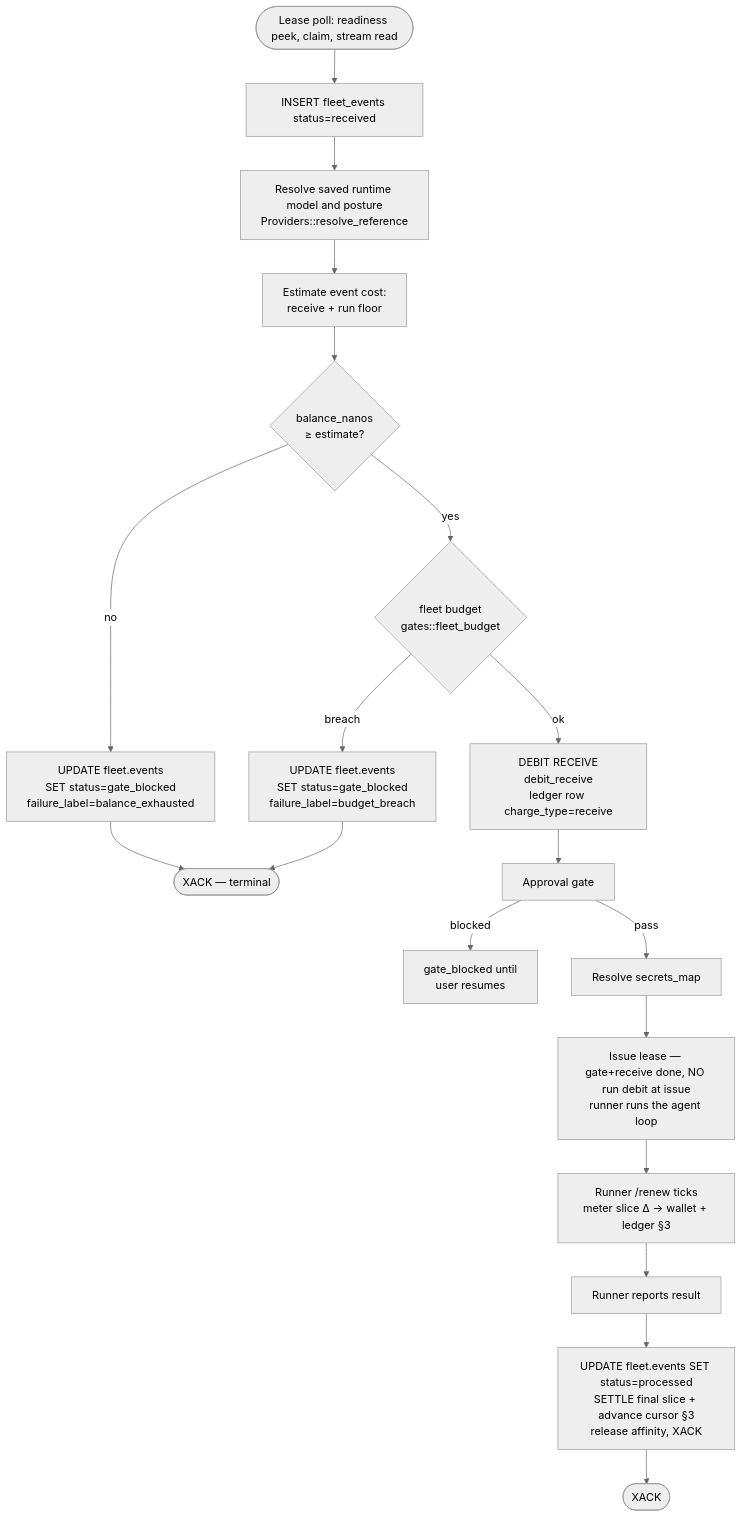
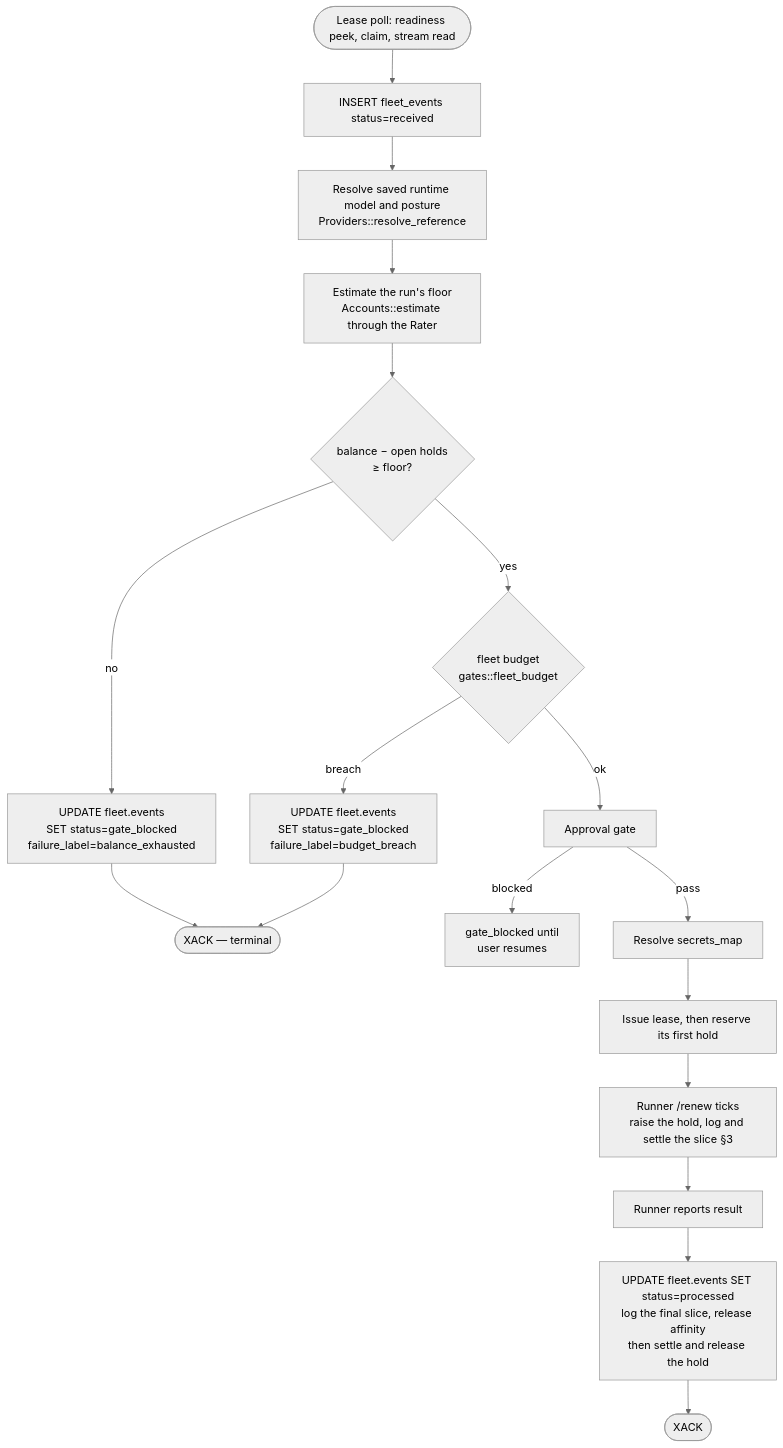
Before and after one commit to agentsfleet/agentsfleet: the diagram in docs/architecture/billing_and_provider_keys.md, drawn with Mermaid (neutral theme). The commit also changed other lines of this file and 9 other files, not shown here.

````diff
--- a/docs/architecture/billing_and_provider_keys.md
+++ b/docs/architecture/billing_and_provider_keys.md
@@ -337,21 +266,20 @@
 ```mermaid
 flowchart TD
     A([Lease poll: readiness peek, claim, stream read]) --> B[INSERT fleet_events status=received]
     B --> C[Resolve saved runtime model and posture<br/>Providers::resolve_reference]
-    C --> D[Estimate event cost:<br/>receive + run floor]
-    D --> E{balance_nanos<br/>≥ estimate?}
+    C --> D[Estimate the run's floor<br/>Accounts::estimate through the Rater]
+    D --> E{balance − open holds<br/>≥ floor?}
     E -->|no| Block[UPDATE fleet.events<br/>SET status=gate_blocked<br/>failure_label=balance_exhausted]
     Block --> X1([XACK — terminal])
     E -->|yes| BG{fleet budget<br/>gates::fleet_budget}
     BG -->|breach| BB[UPDATE fleet.events<br/>SET status=gate_blocked<br/>failure_label=budget_breach]
     BB --> X1
-    BG -->|ok| F[DEBIT RECEIVE<br/>debit_receive<br/>ledger row charge_type=receive]
-    F --> G[Approval gate]
+    BG -->|ok| G[Approval gate]
     G -->|blocked| Wait[gate_blocked until<br/>user resumes]
     G -->|pass| H[Resolve secrets_map]
-    H --> J[Issue lease — gate+receive done, NO run debit at issue<br/>runner runs the agent loop]
-    J --> Renew[Runner /renew ticks<br/>meter slice Δ → wallet + ledger §3]
+    H --> J[Issue lease, then reserve its first hold]
+    J --> Renew[Runner /renew ticks<br/>raise the hold, log and settle the slice §3]
     Renew --> K[Runner reports result]
-    K --> L[UPDATE fleet.events SET status=processed<br/>SETTLE final slice + advance cursor §3<br/>release affinity, XACK]
+    K --> L[UPDATE fleet.events SET status=processed<br/>log the final slice, release affinity<br/>then settle and release the hold]
     L --> X2([XACK])
 ```
````
